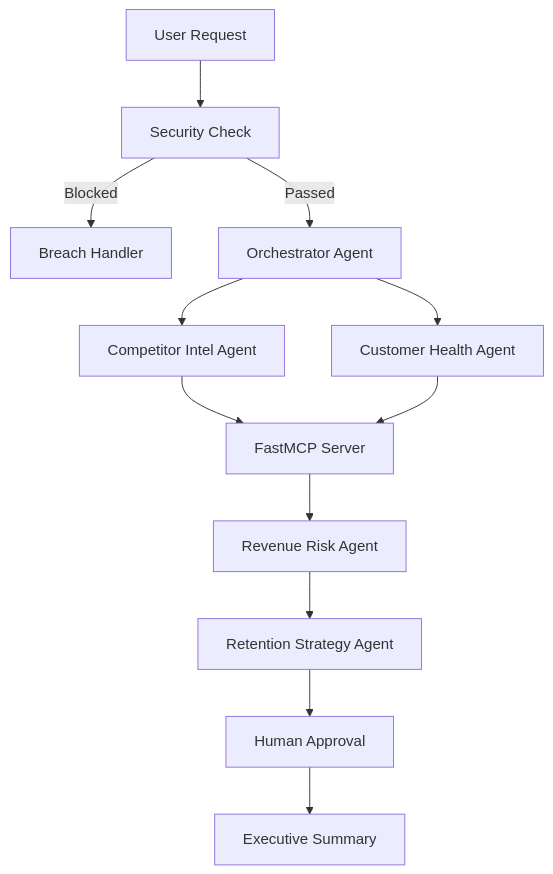
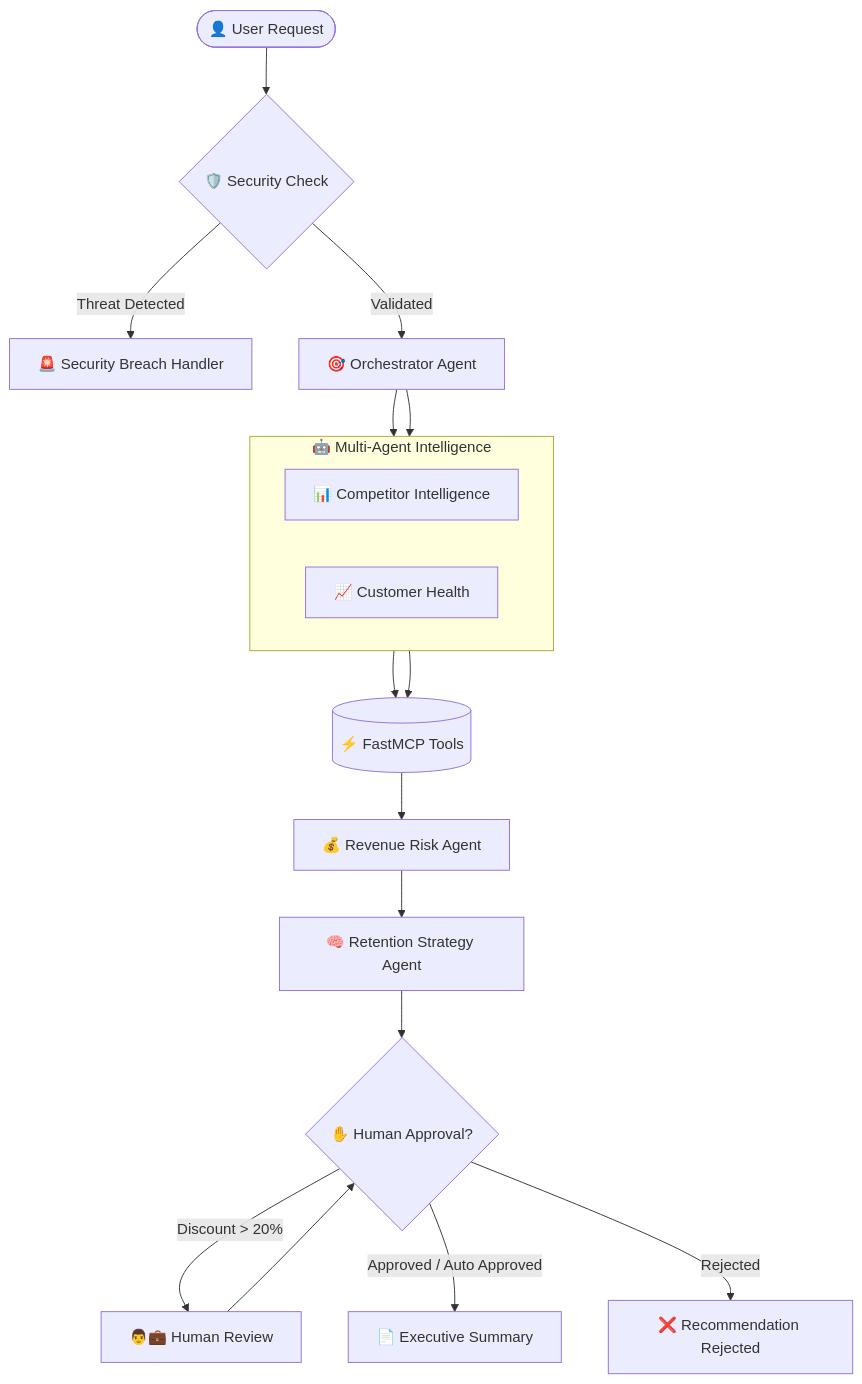
One commit to reshmanth-sai/revenueguard changed the diagram in README.md. Above: the diagram before and after it, drawn with Mermaid.

Commit message:
docs: update system architecture flowchart in README.md to match submission write-up

````diff
--- a/README.md
+++ b/README.md
@@ -44,24 +44,37 @@
 ```mermaid
-graph TD
-    START[User Request] --> SECURITY[Security Check]
+flowchart TD
 
-    SECURITY -->|Blocked| BREACH[Breach Handler]
+    A([👤 User Request])
 
-    SECURITY -->|Passed| ORCH[Orchestrator Agent]
+    A --> B{🛡️ Security Check}
 
-    ORCH --> COMP[Competitor Intel Agent]
+    B -->|Threat Detected| C[🚨 Security Breach Handler]
 
-    ORCH --> HEALTH[Customer Health Agent]
+    B -->|Validated| D[🎯 Orchestrator Agent]
 
-    COMP --> MCP[FastMCP Server]
+    subgraph "🤖 Multi-Agent Intelligence"
+        direction LR
+        E[📊 Competitor Intelligence]
+        F[📈 Customer Health]
+    end
 
-    HEALTH --> MCP
+    D --> E
+    D --> F
 
-    MCP --> RISK[Revenue Risk Agent]
+    E --> G[(⚡ FastMCP Tools)]
+    F --> G
 
-    RISK --> STRATEGY[Retention Strategy Agent]
+    G --> H[💰 Revenue Risk Agent]
 
-    STRATEGY --> HITL[Human Approval]
+    H --> I[🧠 Retention Strategy Agent]
 
-    HITL --> SUMMARY[Executive Summary]
+    I --> J{✋ Human Approval?}
+
+    J -->|Discount > 20%| K[👨💼 Human Review]
+
+    K --> J
+
+    J -->|Approved / Auto Approved| L[📄 Executive Summary]
+
+    J -->|Rejected| M[❌ Recommendation Rejected]
 ```
````
